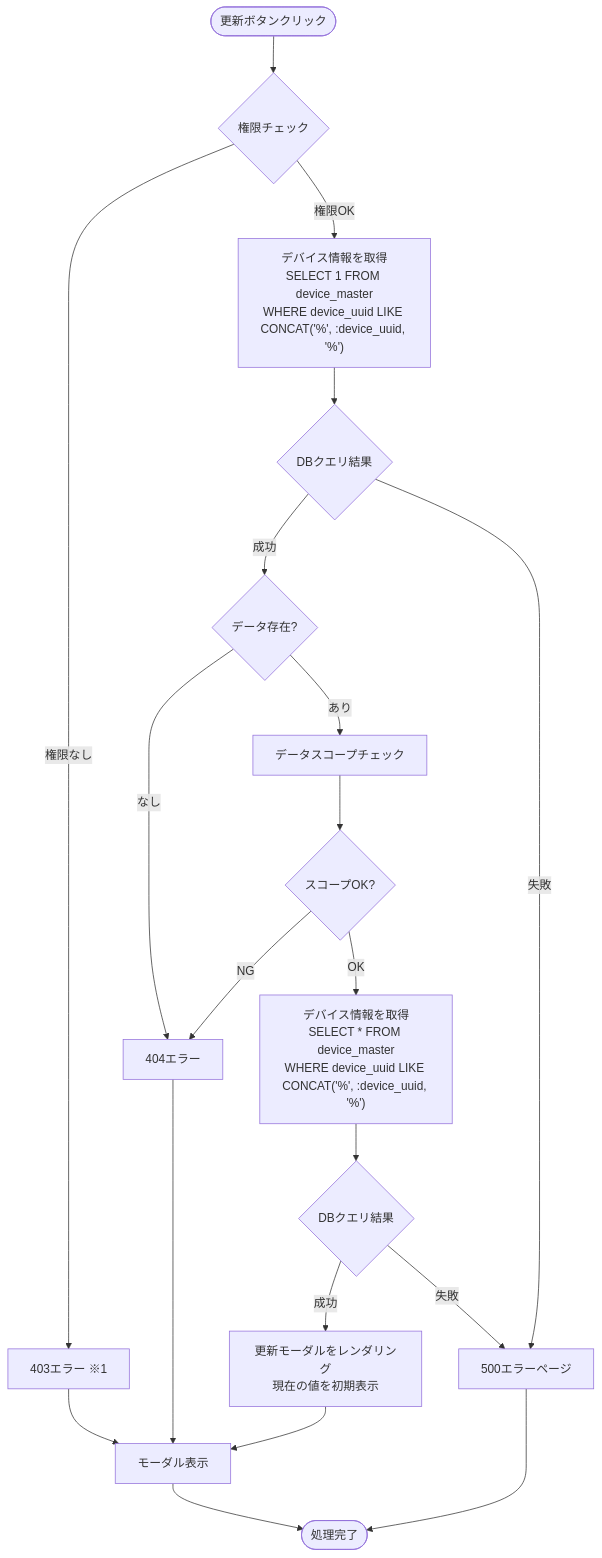
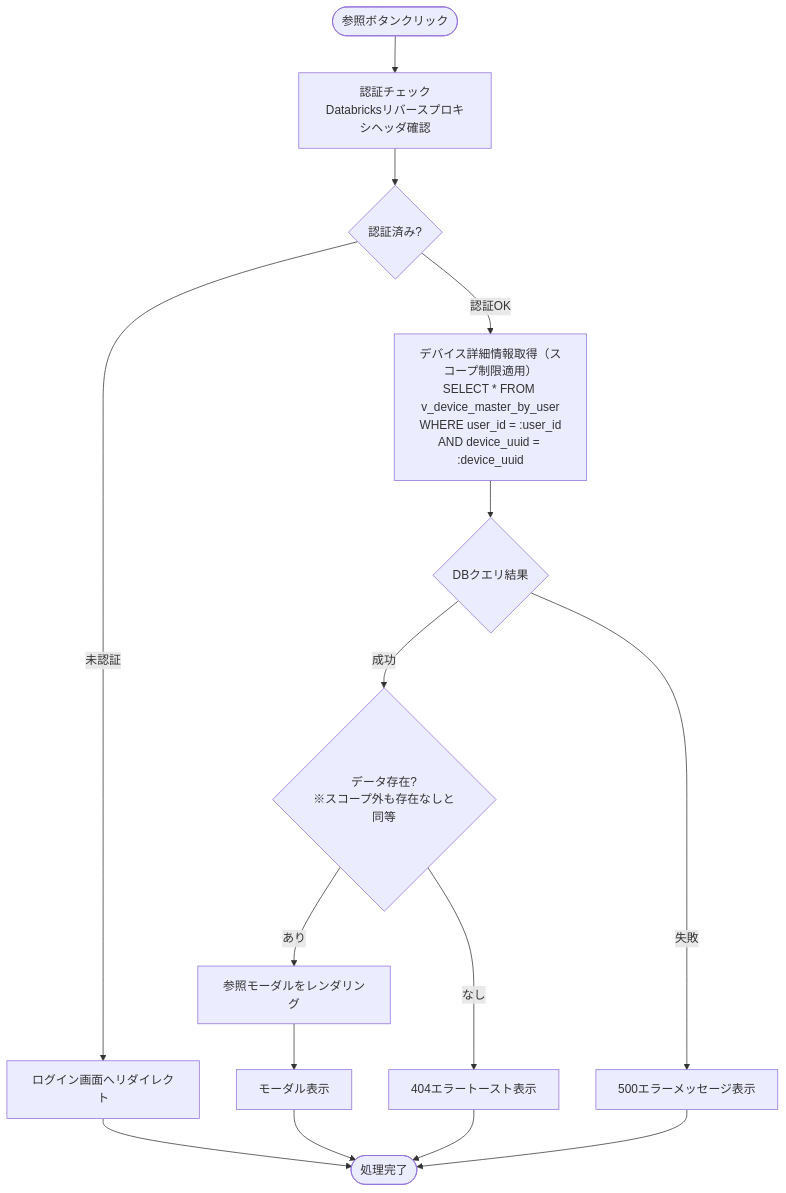
The seventh of 8 diagrams in docs/03-features/flask-app/devices/workflow-specification.md (NSW-SVCP-AIWG002/Databricks-IoT), drawn with Mermaid before and after one commit. The commit also changed other lines of this file and 3 other files, not shown here.

````diff
--- a/docs/03-features/flask-app/devices/workflow-specification.md
+++ b/docs/03-features/flask-app/devices/workflow-specification.md
@@ -781,31 +1468,21 @@
 ```mermaid
 flowchart TD
-    Start([更新ボタンクリック]) --> CheckPerm{権限チェック}
-    CheckPerm -->|権限なし| Error403[403エラー ※1]
+    Start([参照ボタンクリック]) --> Auth[認証チェック<br>Databricksリバースプロキシヘッダ確認]
+    Auth --> CheckAuth{認証済み?}
+    CheckAuth -->|未認証| LoginRedirect[ログイン画面へリダイレクト]
+    CheckAuth -->|認証OK| GetDevice[デバイス詳細情報取得（スコープ制限適用）<br>SELECT * FROM v_device_master_by_user<br>WHERE user_id = :user_id<br>AND device_uuid = :device_uuid]
 
-    CheckPerm -->|権限OK| LoadDevice["デバイス情報を取得<br>SELECT 1 FROM device_master<br>WHERE device_uuid LIKE CONCAT('%', :device_uuid, '%')"]
-    LoadDevice --> CheckDB{DBクエリ結果}
-    
-    CheckDB -->|成功| CheckData{データ存在?}
-    CheckDB -->|失敗| Error500[500エラーページ]
+    GetDevice --> CheckDevice{DBクエリ結果}
+    CheckDevice -->|成功| CheckData{データ存在?<br>※スコープ外も存在なしと同等}
+    CheckDevice -->|失敗| Error500[500エラーメッセージ表示]
 
-    CheckData -->|なし| Error404[404エラー]
-
-    CheckData -->|あり| ScopeCheck[データスコープチェック]
-    ScopeCheck --> CheckScope{スコープOK?}
-    CheckScope -->|NG| Error404
-
-    CheckScope -->|OK| LoadOrgs["デバイス情報を取得<br>SELECT * FROM device_master<br>WHERE device_uuid LIKE CONCAT('%', :device_uuid, '%')"]
-    LoadOrgs --> CheckDB1{DBクエリ結果}
-
-    CheckDB1 -->|成功| Template[更新モーダルをレンダリング<br>現在の値を初期表示]
-    CheckDB1 -->|失敗| Error500
+    CheckData -->|なし| Error404[404エラートースト表示]
+    CheckData -->|あり| Template[参照モーダルをレンダリング]
 
     Template --> View[モーダル表示]
 
-    Error403 --> View
-    Error404 --> View
-
-    View --> End([処理完了])
+    LoginRedirect --> End([処理完了])
+    View --> End
+    Error404 --> End
     Error500 --> End
 ```
````
